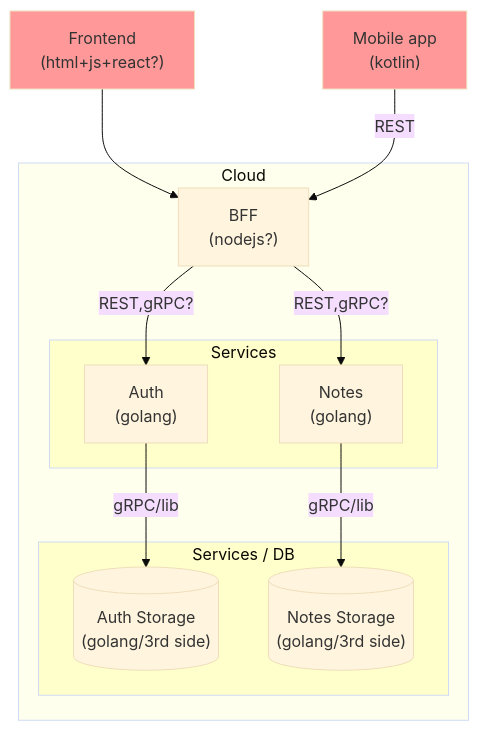
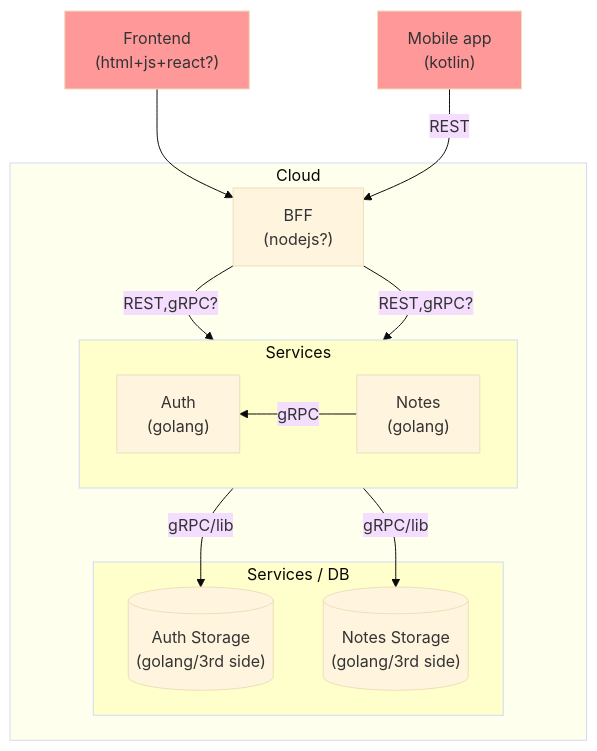
The first of 3 diagrams in README.md (sergereinov/notes-saas), drawn with Mermaid (base theme) before and after one commit. The commit also changed other lines of this file, not shown here.

````diff
--- a/README.md
+++ b/README.md
@@ -32,30 +32,32 @@
 ```mermaid
 graph TD
     %% mermaid docs ref https://mermaid-js.github.io/mermaid/#/
     Frontend --> BFF
     Kotlin --> |REST| BFF
     BFF --> |REST,gRPC?| Auth
     BFF --> |REST,gRPC?| Notes
     Auth --> |gRPC/lib| Storage1
     Notes --> |gRPC/lib| Storage2
+    Notes --> |gRPC| Auth
     
     Frontend["Frontend<br/>(html+js+react?)"]
     Kotlin["Mobile app<br/>(kotlin)"]
     subgraph Cloud
         BFF["BFF<br/>(nodejs?)"]
         subgraph M ["Services"]
+            direction RL
             Auth["Auth<br/>(golang)"]
             Notes["Notes<br/>(golang)"]
         end
         subgraph S ["Services / DB"]
             Storage1[("Auth Storage<br/>(golang/3rd side)")]
             Storage2[("Notes Storage<br/>(golang/3rd side)")]
         end
     end
     
     classDef userspace fill:#f99
     class Frontend,Kotlin userspace
     style Cloud fill:#ffe
     classDef svc fill:#ffc
     class M,S svc
 ```
````
